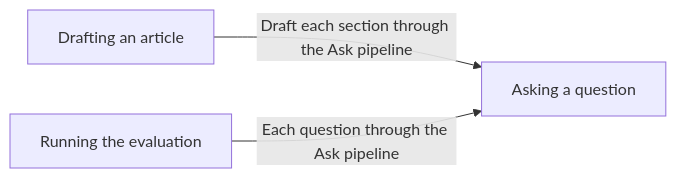
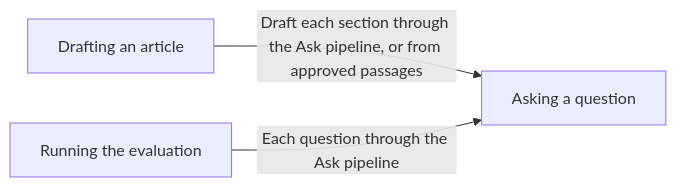
Before and after one commit to mattkari/source-grounded-rag: the fourth of 4 diagrams in docs/workflows.md, drawn with Mermaid. The commit also changed other lines of this file and 18 other files, not shown here.

````diff
--- a/docs/workflows.md
+++ b/docs/workflows.md
@@ -129,8 +135,8 @@
 ```mermaid
 flowchart LR
     w0["Asking a question"]
     w1["Drafting an article"]
     w2["Running the evaluation"]
-    w1 -->|Draft each section through the Ask pipeline| w0
+    w1 -->|Draft each section through the Ask pipeline, or from approved passages| w0
     w2 -->|Each question through the Ask pipeline| w0
 ```
````
